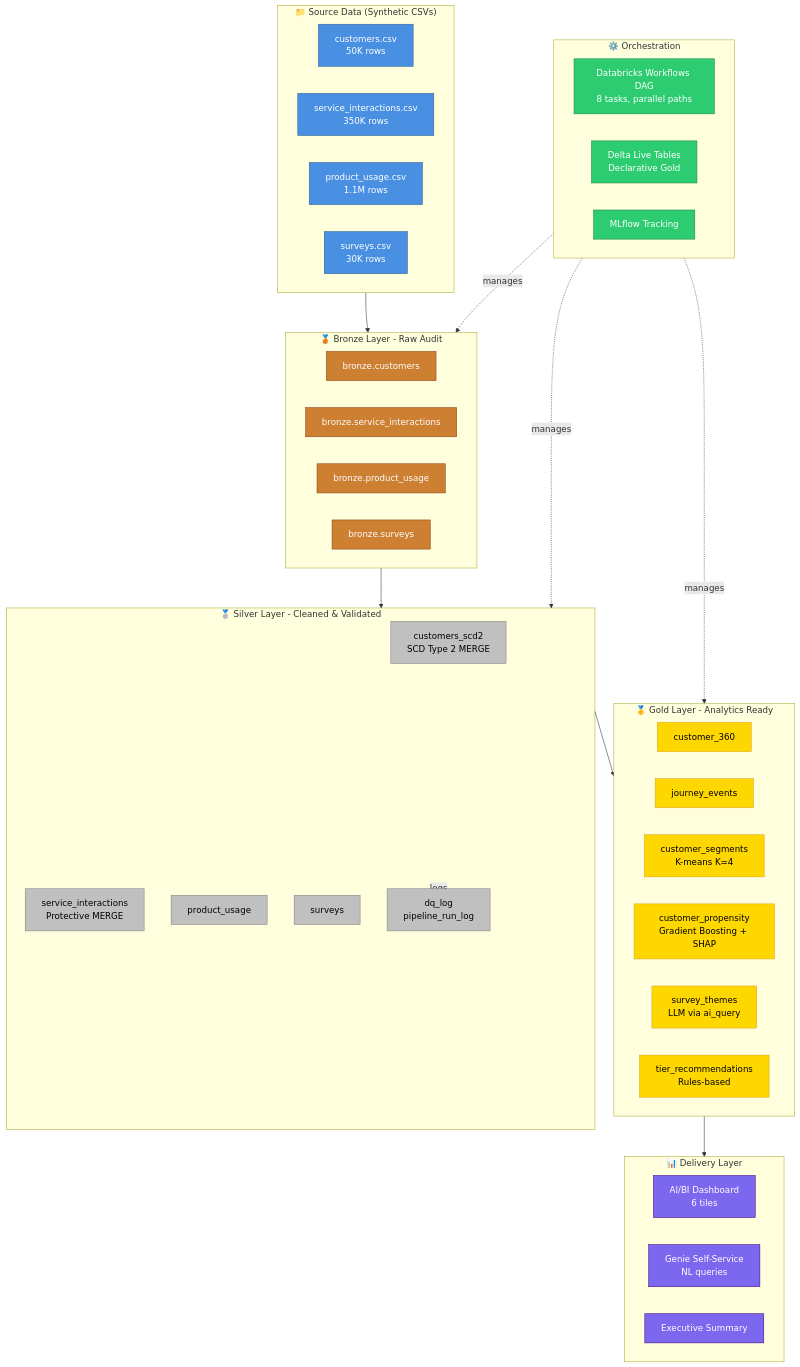
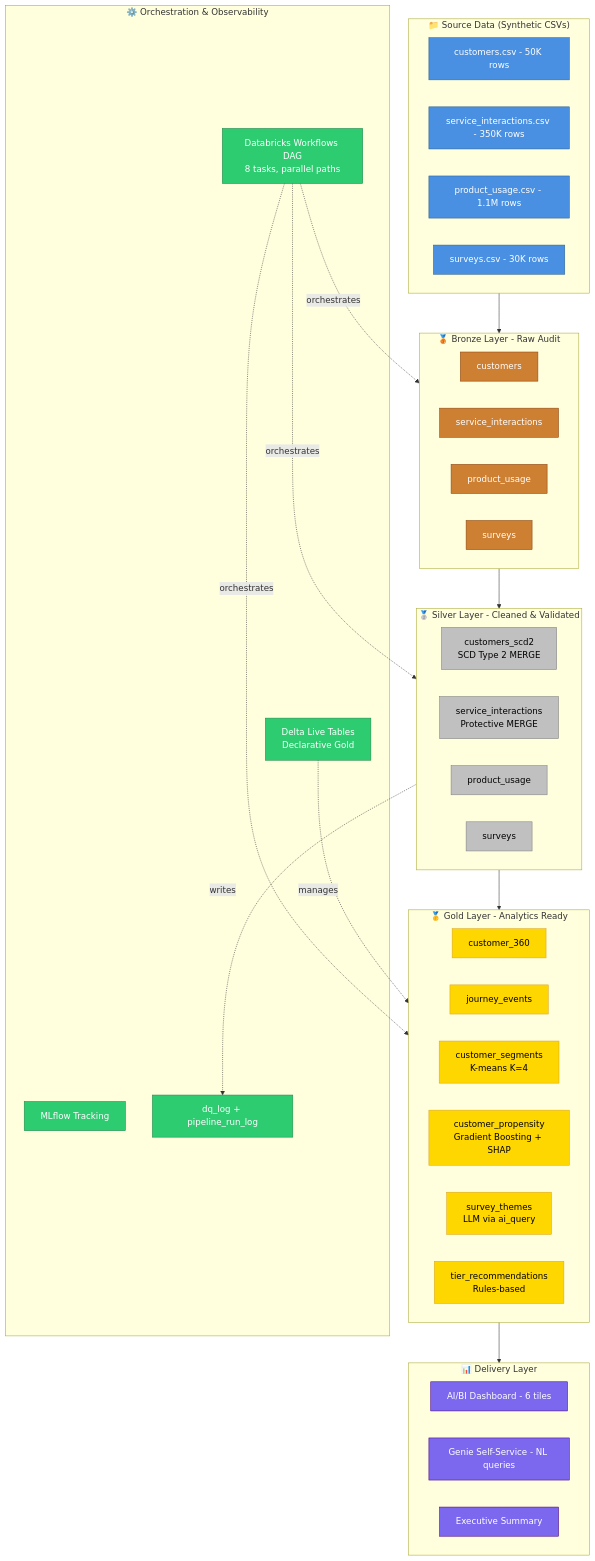
One commit to Aayush2799/cx-intelligence-platform changed the diagram in docs/Architecture.md. Above: the diagram before and after it, drawn with Mermaid.

Commit message:
Refactor architecture diagram for clarity

````diff
--- a/docs/Architecture.md
+++ b/docs/Architecture.md
@@ -3,68 +3,61 @@
 ```mermaid
 flowchart TB
     subgraph Sources["📁 Source Data (Synthetic CSVs)"]
-        S1[customers.csv<br/>50K rows]
-        S2[service_interactions.csv<br/>350K rows]
-        S3[product_usage.csv<br/>1.1M rows]
-        S4[surveys.csv<br/>30K rows]
+        S1[customers.csv - 50K rows]
+        S2[service_interactions.csv - 350K rows]
+        S3[product_usage.csv - 1.1M rows]
+        S4[surveys.csv - 30K rows]
     end
-
     subgraph Bronze["🥉 Bronze Layer - Raw Audit"]
-        B1[bronze.customers]
-        B2[bronze.service_interactions]
-        B3[bronze.product_usage]
-        B4[bronze.surveys]
+        B1[customers]
+        B2[service_interactions]
+        B3[product_usage]
+        B4[surveys]
     end
-
     subgraph Silver["🥈 Silver Layer - Cleaned & Validated"]
         SI1[customers_scd2<br/>SCD Type 2 MERGE]
         SI2[service_interactions<br/>Protective MERGE]
         SI3[product_usage]
         SI4[surveys]
-        DQ[dq_log<br/>pipeline_run_log]
     end
-
     subgraph Gold["🥇 Gold Layer - Analytics Ready"]
         G1[customer_360]
         G2[journey_events]
         G3[customer_segments<br/>K-means K=4]
         G4[customer_propensity<br/>Gradient Boosting + SHAP]
         G5[survey_themes<br/>LLM via ai_query]
         G6[tier_recommendations<br/>Rules-based]
     end
-
     subgraph Delivery["📊 Delivery Layer"]
-        D1[AI/BI Dashboard<br/>6 tiles]
-        D2[Genie Self-Service<br/>NL queries]
+        D1[AI/BI Dashboard - 6 tiles]
+        D2[Genie Self-Service - NL queries]
         D3[Executive Summary]
     end
-
-    subgraph Orchestration["⚙️ Orchestration"]
+    subgraph Orchestration["⚙️ Orchestration & Observability"]
         O1[Databricks Workflows DAG<br/>8 tasks, parallel paths]
         O2[Delta Live Tables<br/>Declarative Gold]
         O3[MLflow Tracking]
+        O4[dq_log + pipeline_run_log]
     end
-
     Sources --> Bronze
     Bronze --> Silver
     Silver --> Gold
-    Silver -.->|logs| DQ
     Gold --> Delivery
-    Orchestration -.->|manages| Bronze
-    Orchestration -.->|manages| Silver
-    Orchestration -.->|manages| Gold
-
+    Silver -.->|writes| O4
+    O1 -.->|orchestrates| Bronze
+    O1 -.->|orchestrates| Silver
+    O1 -.->|orchestrates| Gold
+    O2 -.->|manages| Gold
     classDef bronze fill:#CD7F32,stroke:#8B4513,color:#fff
     classDef silver fill:#C0C0C0,stroke:#808080,color:#000
     classDef gold fill:#FFD700,stroke:#DAA520,color:#000
     classDef source fill:#4A90E2,stroke:#2C5F8D,color:#fff
     classDef delivery fill:#7B68EE,stroke:#4B0082,color:#fff
     classDef orch fill:#2ECC71,stroke:#1E8449,color:#fff
-
     class B1,B2,B3,B4 bronze
-    class SI1,SI2,SI3,SI4,DQ silver
+    class SI1,SI2,SI3,SI4 silver
     class G1,G2,G3,G4,G5,G6 gold
     class S1,S2,S3,S4 source
     class D1,D2,D3 delivery
-    class O1,O2,O3 orch
+    class O1,O2,O3,O4 orch
 ```
````
